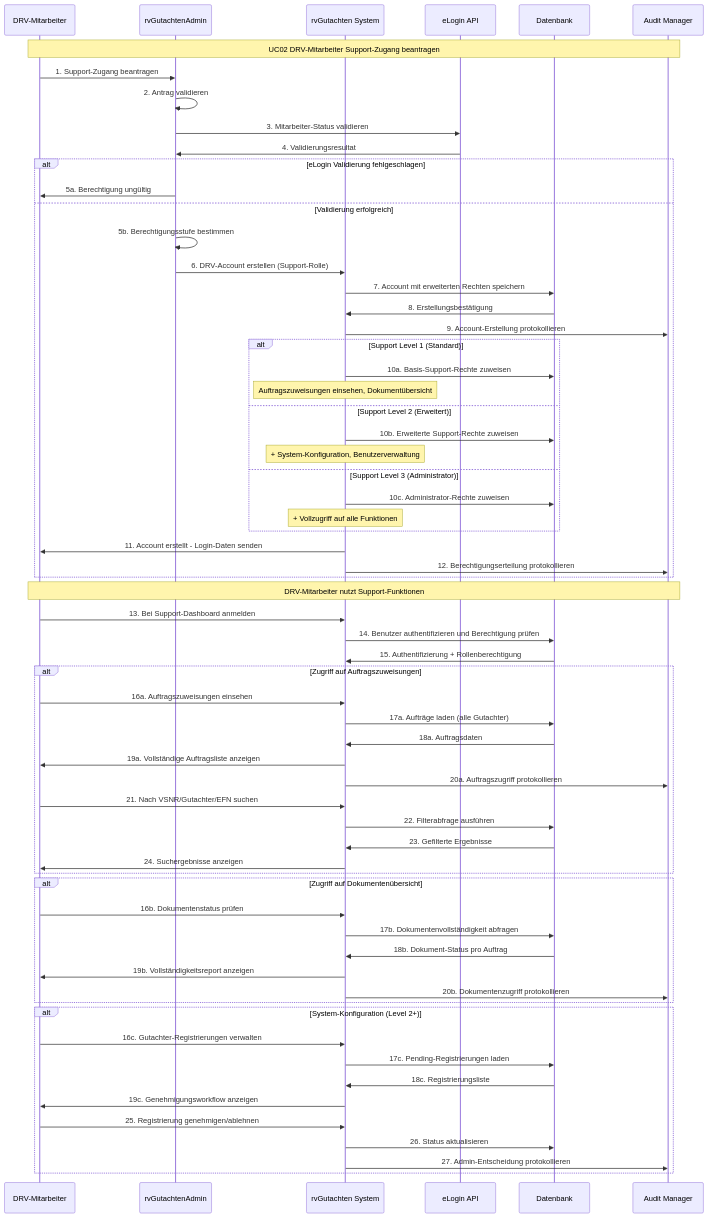
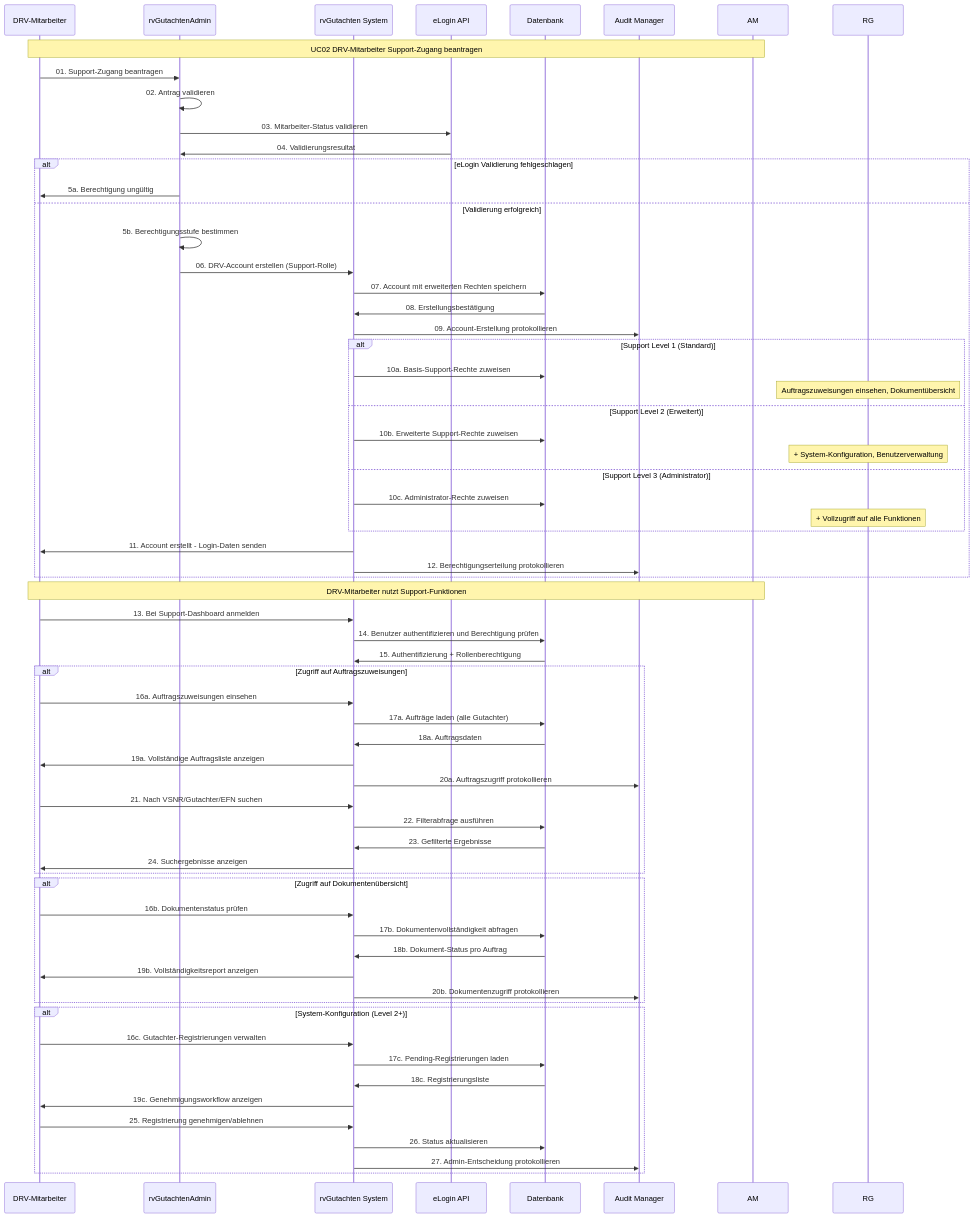
The diagram in docs/UseCases/mermaid/UC-03-DRV-Mitarbeiter-Zugriffsverwaltung.mmd (megadur/QARvGut), drawn with Mermaid before and after one commit. The commit also changed 11 other files, not shown here.

First line of the commit message:
docs: Standardize participant abbreviations and add leading zeros to all UC diagrams

```diff
--- a/docs/UseCases/mermaid/UC-03-DRV-Mitarbeiter-Zugriffsverwaltung.mmd
+++ b/docs/UseCases/mermaid/UC-03-DRV-Mitarbeiter-Zugriffsverwaltung.mmd
@@ -1,79 +1,79 @@
 sequenceDiagram
     participant DRV as DRV-Mitarbeiter
     participant RGA as rvGutachtenAdmin
-    participant RG as rvGutachten System
-    participant EL as eLogin API
+    participant RVG as rvGutachten System
+    participant ELG as eLogin API
     participant DB as Datenbank
-    participant AM as Audit Manager
+    participant AUD as Audit Manager
 
     Note over DRV,AM: UC02 DRV-Mitarbeiter Support-Zugang beantragen
 
-    DRV->>RGA: 1. Support-Zugang beantragen
-    RGA->>RGA: 2. Antrag validieren
+    DRV->>RGA: 01. Support-Zugang beantragen
+    RGA->>RGA: 02. Antrag validieren
 
-    RGA->>EL: 3. Mitarbeiter-Status validieren
-    EL->>RGA: 4. Validierungsresultat
+    RGA->>ELG: 03. Mitarbeiter-Status validieren
+    ELG->>RGA: 04. Validierungsresultat
 
     alt eLogin Validierung fehlgeschlagen
         RGA->>DRV: 5a. Berechtigung ungültig
     else Validierung erfolgreich
         RGA->>RGA: 5b. Berechtigungsstufe bestimmen
 
-        RGA->>RG: 6. DRV-Account erstellen (Support-Rolle)
-        RG->>DB: 7. Account mit erweiterten Rechten speichern
-        DB->>RG: 8. Erstellungsbestätigung
+        RGA->>RVG: 06. DRV-Account erstellen (Support-Rolle)
+        RVG->>DB: 07. Account mit erweiterten Rechten speichern
+        DB->>RVG: 08. Erstellungsbestätigung
 
-        RG->>AM: 9. Account-Erstellung protokollieren
+        RVG->>AUD: 09. Account-Erstellung protokollieren
 
         alt Support Level 1 (Standard)
-            RG->>DB: 10a. Basis-Support-Rechte zuweisen
+            RVG->>DB: 10a. Basis-Support-Rechte zuweisen
             Note over RG: Auftragszuweisungen einsehen, Dokumentübersicht
         else Support Level 2 (Erweitert)
-            RG->>DB: 10b. Erweiterte Support-Rechte zuweisen
+            RVG->>DB: 10b. Erweiterte Support-Rechte zuweisen
             Note over RG: + System-Konfiguration, Benutzerverwaltung
         else Support Level 3 (Administrator)
-            RG->>DB: 10c. Administrator-Rechte zuweisen
+            RVG->>DB: 10c. Administrator-Rechte zuweisen
             Note over RG: + Vollzugriff auf alle Funktionen
         end
 
-        RG->>DRV: 11. Account erstellt - Login-Daten senden
-        RG->>AM: 12. Berechtigungserteilung protokollieren
+        RVG->>DRV: 11. Account erstellt - Login-Daten senden
+        RVG->>AUD: 12. Berechtigungserteilung protokollieren
     end
 
     Note over DRV,AM: DRV-Mitarbeiter nutzt Support-Funktionen
 
-    DRV->>RG: 13. Bei Support-Dashboard anmelden
-    RG->>DB: 14. Benutzer authentifizieren und Berechtigung prüfen
-    DB->>RG: 15. Authentifizierung + Rollenberechtigung
+    DRV->>RVG: 13. Bei Support-Dashboard anmelden
+    RVG->>DB: 14. Benutzer authentifizieren und Berechtigung prüfen
+    DB->>RVG: 15. Authentifizierung + Rollenberechtigung
 
     alt Zugriff auf Auftragszuweisungen
-        DRV->>RG: 16a. Auftragszuweisungen einsehen
-        RG->>DB: 17a. Aufträge laden (alle Gutachter)
-        DB->>RG: 18a. Auftragsdaten
-        RG->>DRV: 19a. Vollständige Auftragsliste anzeigen
-        RG->>AM: 20a. Auftragszugriff protokollieren
+        DRV->>RVG: 16a. Auftragszuweisungen einsehen
+        RVG->>DB: 17a. Aufträge laden (alle Gutachter)
+        DB->>RVG: 18a. Auftragsdaten
+        RVG->>DRV: 19a. Vollständige Auftragsliste anzeigen
+        RVG->>AUD: 20a. Auftragszugriff protokollieren
 
-        DRV->>RG: 21. Nach VSNR/Gutachter/EFN suchen
-        RG->>DB: 22. Filterabfrage ausführen
-        DB->>RG: 23. Gefilterte Ergebnisse
-        RG->>DRV: 24. Suchergebnisse anzeigen
+        DRV->>RVG: 21. Nach VSNR/Gutachter/EFN suchen
+        RVG->>DB: 22. Filterabfrage ausführen
+        DB->>RVG: 23. Gefilterte Ergebnisse
+        RVG->>DRV: 24. Suchergebnisse anzeigen
     end
 
     alt Zugriff auf Dokumentenübersicht
-        DRV->>RG: 16b. Dokumentenstatus prüfen
-        RG->>DB: 17b. Dokumentenvollständigkeit abfragen
-        DB->>RG: 18b. Dokument-Status pro Auftrag
-        RG->>DRV: 19b. Vollständigkeitsreport anzeigen
-        RG->>AM: 20b. Dokumentenzugriff protokollieren
+        DRV->>RVG: 16b. Dokumentenstatus prüfen
+        RVG->>DB: 17b. Dokumentenvollständigkeit abfragen
+        DB->>RVG: 18b. Dokument-Status pro Auftrag
+        RVG->>DRV: 19b. Vollständigkeitsreport anzeigen
+        RVG->>AUD: 20b. Dokumentenzugriff protokollieren
     end
 
     alt System-Konfiguration (Level 2+)
-        DRV->>RG: 16c. Gutachter-Registrierungen verwalten
-        RG->>DB: 17c. Pending-Registrierungen laden
-        DB->>RG: 18c. Registrierungsliste
-        RG->>DRV: 19c. Genehmigungsworkflow anzeigen
+        DRV->>RVG: 16c. Gutachter-Registrierungen verwalten
+        RVG->>DB: 17c. Pending-Registrierungen laden
+        DB->>RVG: 18c. Registrierungsliste
+        RVG->>DRV: 19c. Genehmigungsworkflow anzeigen
 
-        DRV->>RG: 25. Registrierung genehmigen/ablehnen
-        RG->>DB: 26. Status aktualisieren
-        RG->>AM: 27. Admin-Entscheidung protokollieren
+        DRV->>RVG: 25. Registrierung genehmigen/ablehnen
+        RVG->>DB: 26. Status aktualisieren
+        RVG->>AUD: 27. Admin-Entscheidung protokollieren
     end
```
